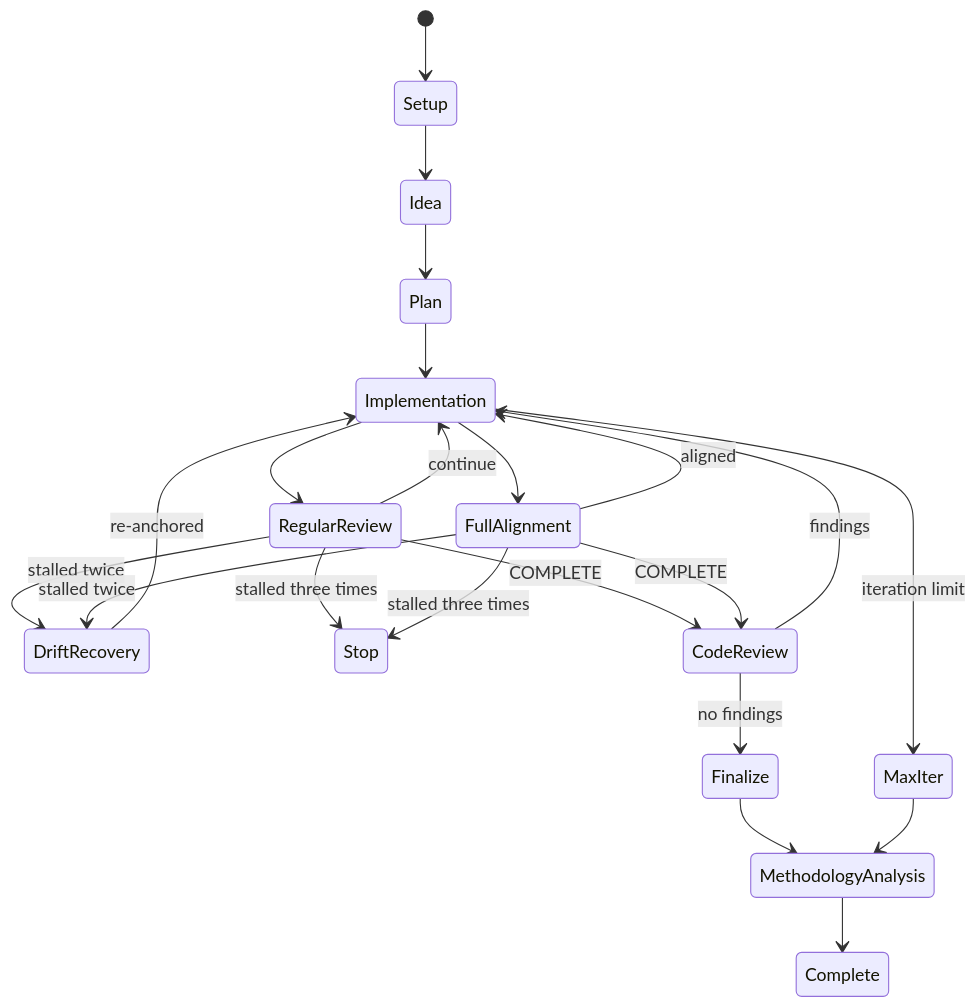
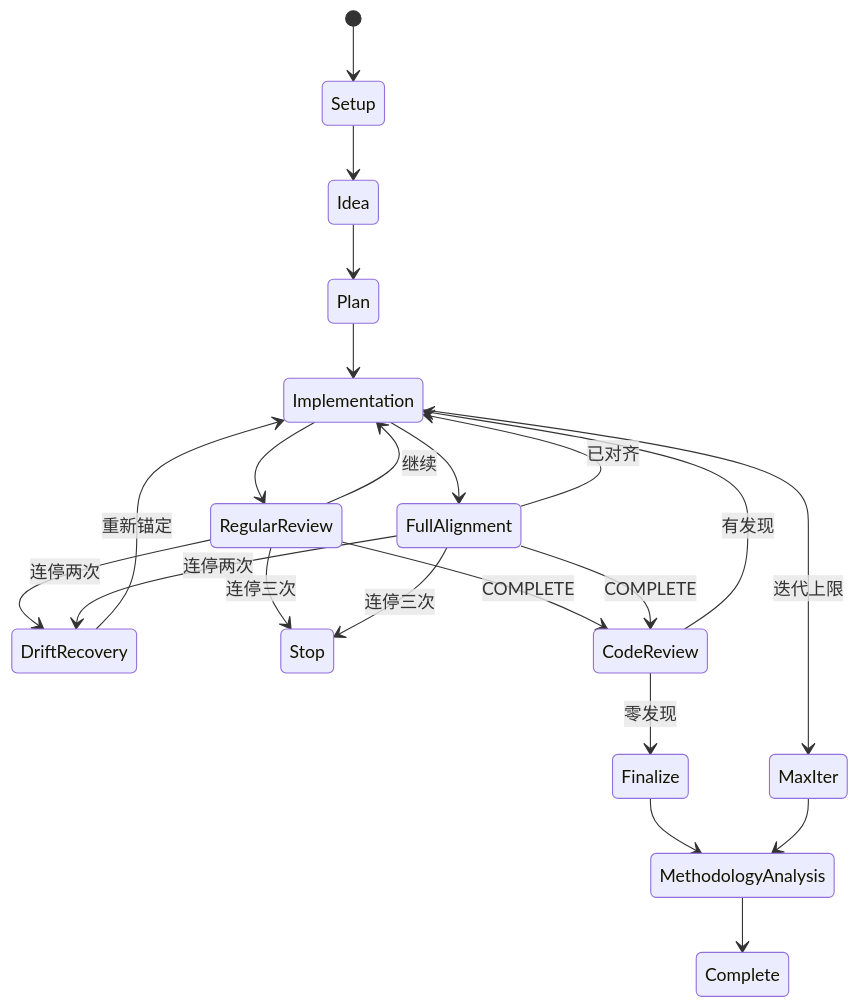
Before and after one commit to yisun219/LDA-HM-AS: the third of 3 diagrams in README.md, drawn with Mermaid. The commit also changed other lines of this file and 1 other file, not shown here.

````diff
--- a/README.md
+++ b/README.md
@@ -200,24 +179,24 @@
 ```mermaid
 stateDiagram-v2
   [*] --> Setup
   Setup --> Idea
   Idea --> Plan
   Plan --> Implementation
   Implementation --> RegularReview
   Implementation --> FullAlignment
-  RegularReview --> Implementation: continue
-  FullAlignment --> Implementation: aligned
-  RegularReview --> DriftRecovery: stalled twice
-  FullAlignment --> DriftRecovery: stalled twice
-  DriftRecovery --> Implementation: re-anchored
-  RegularReview --> Stop: stalled three times
-  FullAlignment --> Stop: stalled three times
+  RegularReview --> Implementation: 继续
+  FullAlignment --> Implementation: 已对齐
+  RegularReview --> DriftRecovery: 连停两次
+  FullAlignment --> DriftRecovery: 连停两次
+  DriftRecovery --> Implementation: 重新锚定
+  RegularReview --> Stop: 连停三次
+  FullAlignment --> Stop: 连停三次
   RegularReview --> CodeReview: COMPLETE
   FullAlignment --> CodeReview: COMPLETE
-  CodeReview --> Implementation: findings
-  CodeReview --> Finalize: no findings
+  CodeReview --> Implementation: 有发现
+  CodeReview --> Finalize: 零发现
   Finalize --> MethodologyAnalysis
   MethodologyAnalysis --> Complete
-  Implementation --> MaxIter: iteration limit
+  Implementation --> MaxIter: 迭代上限
   MaxIter --> MethodologyAnalysis
 ```
````
